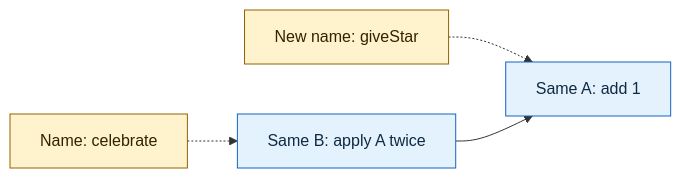
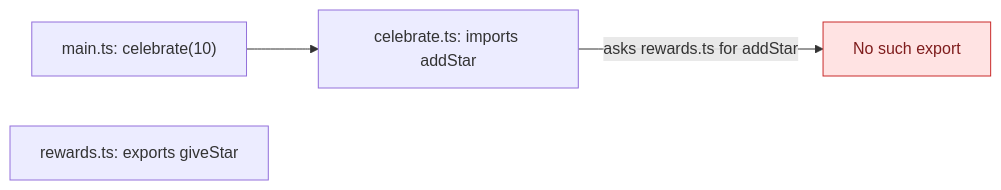
One commit to conikeec/learn_you_unison changed the second of 4 diagrams in docs/01-code-that-knows-its-own-name.md. Above: the diagram before and after it, drawn with Mermaid. The commit also changed other lines of this file and 11 other files, not shown here.

````diff
--- a/docs/01-code-that-knows-its-own-name.md
+++ b/docs/01-code-that-knows-its-own-name.md
@@ -54,10 +154,7 @@
 ```mermaid
 flowchart LR
-  N1["New name: giveStar"] -.-> A["Same A: add 1"]
-  N2["Name: celebrate"] -.-> B["Same B: apply A twice"]
-  B --> A
-  classDef name fill:#fff3cd,stroke:#946200,color:#332200
-  classDef code fill:#e3f2fd,stroke:#1565c0,color:#102a43
-  class N1,N2 name
-  class A,B code
+  MAIN["main.ts: celebrate(10)"] --> C["celebrate.ts: imports addStar"]
+  C -->|"asks rewards.ts for addStar"| MISSING["No such export"]
+  R["rewards.ts: exports giveStar"]
+  style MISSING fill:#ffe3e3,stroke:#c92a2a,color:#7f1d1d
 ```
````
